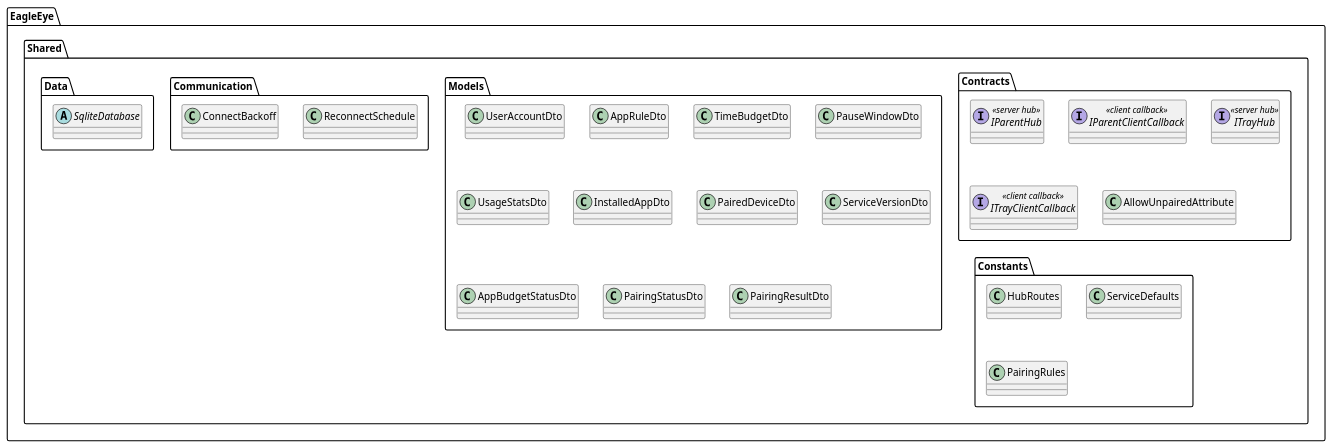
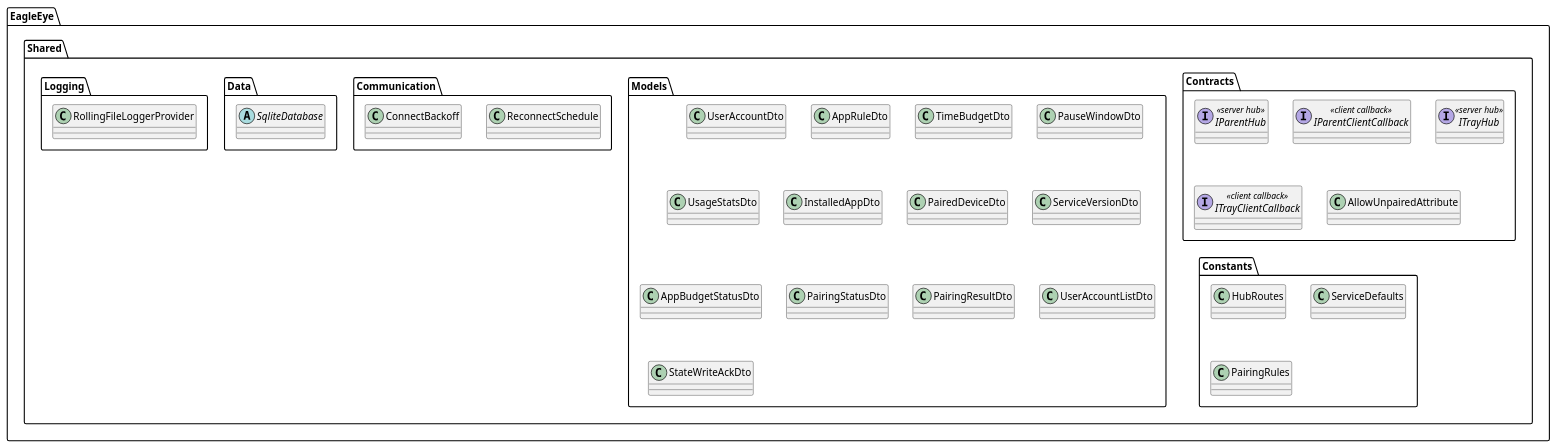
One commit to adlemich/EagleEye changed the fifth of 15 diagrams in 02_Implementation/docs/architecture/arc42/system-architecture.md. Above: the diagram before and after it, drawn with PlantUML. The commit also changed other lines of this file and 5 other files, not shown here.

````diff
--- a/02_Implementation/docs/architecture/arc42/system-architecture.md
+++ b/02_Implementation/docs/architecture/arc42/system-architecture.md
@@ -312,40 +314,45 @@
 ```plantuml
 @startuml EagleEye Shared Level 2
 skinparam componentStyle rectangle
 
 package "EagleEye.Shared" {
   package "Contracts" {
     interface IParentHub <<server hub>>
     interface IParentClientCallback <<client callback>>
     interface ITrayHub <<server hub>>
     interface ITrayClientCallback <<client callback>>
     class AllowUnpairedAttribute
   }
   package "Models" {
     class UserAccountDto
     class AppRuleDto
     class TimeBudgetDto
     class PauseWindowDto
     class UsageStatsDto
     class InstalledAppDto
     class PairedDeviceDto
     class ServiceVersionDto
     class AppBudgetStatusDto
     class PairingStatusDto
     class PairingResultDto
+    class UserAccountListDto
+    class StateWriteAckDto
   }
   package "Constants" {
     class HubRoutes
     class ServiceDefaults
     class PairingRules
   }
   package "Communication" {
     class ReconnectSchedule
     class ConnectBackoff
   }
   package "Data" {
     abstract class SqliteDatabase
   }
+  package "Logging" {
+    class RollingFileLoggerProvider
+  }
 }
 @enduml
 ```
````
